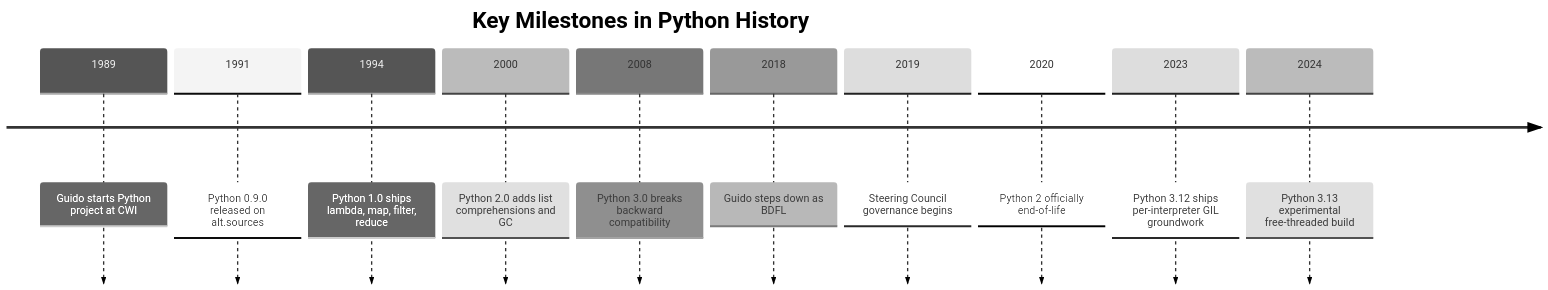
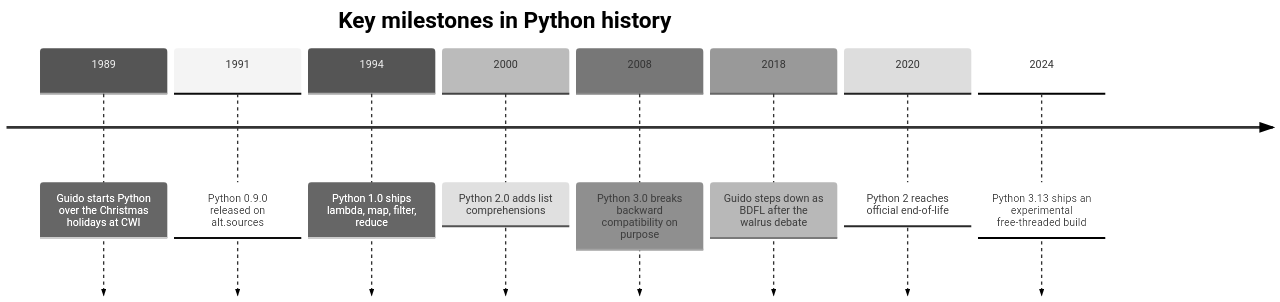
Before and after one commit to dataslope/dataslope: the diagram in content/learn/python-basics/python-history.mdx, drawn with Mermaid (neutral theme). The commit also changed other lines of this file and 8 other files, not shown here.

First line of the commit message:
Editorial pass: Python Basics — interactive welcome, leaner opener, separator-free meta

````diff
--- a/content/learn/python-basics/python-history.mdx
+++ b/content/learn/python-basics/python-history.mdx
@@ -60,14 +75,12 @@
 ```mermaid
 timeline
-    title Key Milestones in Python History
-    1989 : Guido starts Python project at CWI
+    title Key milestones in Python history
+    1989 : Guido starts Python over the Christmas holidays at CWI
     1991 : Python 0.9.0 released on alt.sources
     1994 : Python 1.0 ships lambda, map, filter, reduce
-    2000 : Python 2.0 adds list comprehensions and GC
-    2008 : Python 3.0 breaks backward compatibility
-    2018 : Guido steps down as BDFL
-    2019 : Steering Council governance begins
-    2020 : Python 2 officially end-of-life
-    2023 : Python 3.12 ships per-interpreter GIL groundwork
-    2024 : Python 3.13 experimental free-threaded build
+    2000 : Python 2.0 adds list comprehensions
+    2008 : Python 3.0 breaks backward compatibility on purpose
+    2018 : Guido steps down as BDFL after the walrus debate
+    2020 : Python 2 reaches official end-of-life
+    2024 : Python 3.13 ships an experimental free-threaded build
 ```
````
